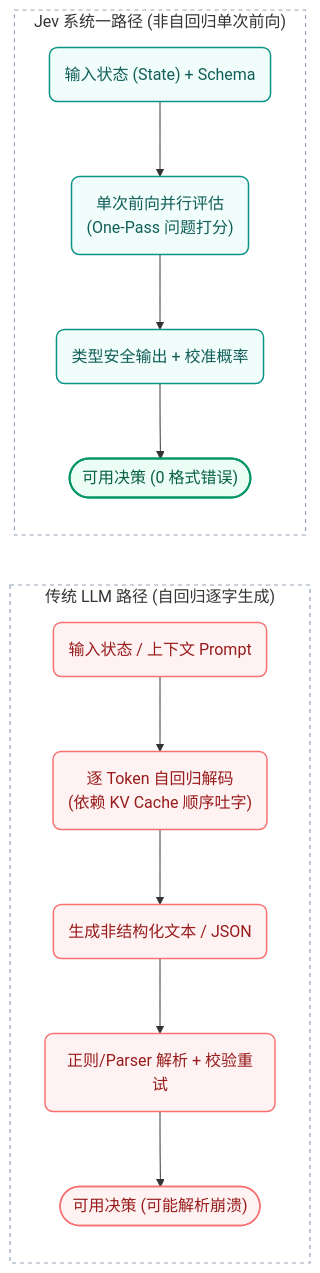
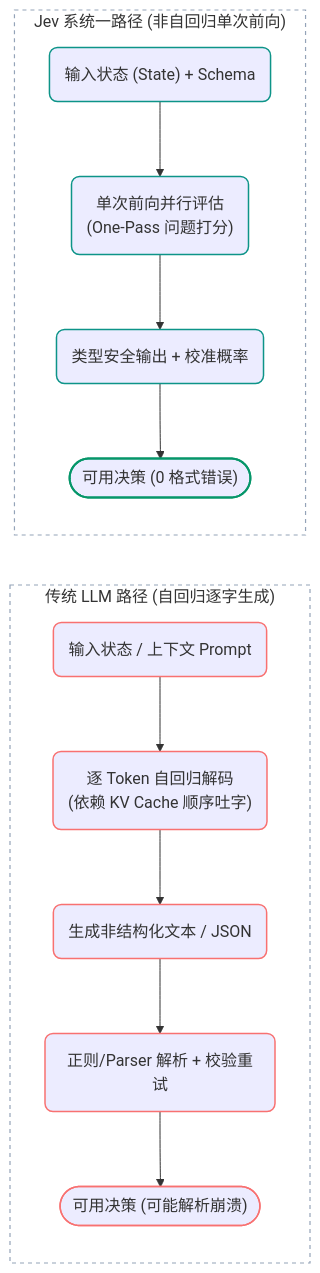
One commit to hobbytp/hobbytp.github.io changed the first of 3 diagrams in content/zh/large_models/jev_typesafe_system_one.md. Above: the diagram before and after it, drawn with Mermaid. The commit also changed other lines of this file and 1 other file, not shown here.

Commit message:
feat: add Mermaid diagram support and custom styling in head partial along with new demo and article pages

````diff
--- a/content/zh/large_models/jev_typesafe_system_one.md
+++ b/content/zh/large_models/jev_typesafe_system_one.md
@@ -113,23 +113,23 @@
 ```mermaid
 flowchart LR
-    %% 节点样式定义：圆角、高雅色彩映射
-    classDef legacyNode fill:#FEF2F2,stroke:#F87171,stroke-width:1.5px,rx:8,ry:8,color:#991B1B;
-    classDef jevNode fill:#F0FDFA,stroke:#0D9488,stroke-width:1.5px,rx:8,ry:8,color:#115E59;
-    classDef successNode fill:#ECFDF5,stroke:#059669,stroke-width:2px,rx:16,ry:16,color:#065F46;
+    %% 节点样式：由 CSS 负责黑夜/白天自适应背景与高对比度文字
+    classDef legacyNode stroke:#F87171,stroke-width:1.5px,rx:8,ry:8;
+    classDef jevNode stroke:#0D9488,stroke-width:1.5px,rx:8,ry:8;
+    classDef successNode stroke:#059669,stroke-width:2px,rx:16,ry:16;
     classDef subContainer fill:transparent,stroke:#94A3B8,stroke-width:1.2px,stroke-dasharray: 4 4;
 
     subgraph 传统LLM路径["传统 LLM 路径 (自回归逐字生成)"]
         A1("输入状态 / 上下文 Prompt"):::legacyNode --> B1("逐 Token 自回归解码<br/>(依赖 KV Cache 顺序吐字)"):::legacyNode
         B1 --> C1("生成非结构化文本 / JSON"):::legacyNode
         C1 --> D1("正则/Parser 解析 + 校验重试"):::legacyNode
         D1 --> E1(["可用决策 (可能解析崩溃)"]):::legacyNode
     end
     class 传统LLM路径 subContainer;
 
     subgraph Jev路径["Jev 系统一路径 (非自回归单次前向)"]
         A2("输入状态 (State) + Schema"):::jevNode --> B2("单次前向并行评估<br/>(One-Pass 问题打分)"):::jevNode
         B2 --> C2("类型安全输出 + 校准概率"):::jevNode
         C2 --> E2(["可用决策 (0 格式错误)"]):::successNode
     end
     class Jev路径 subContainer;
 ```
````
